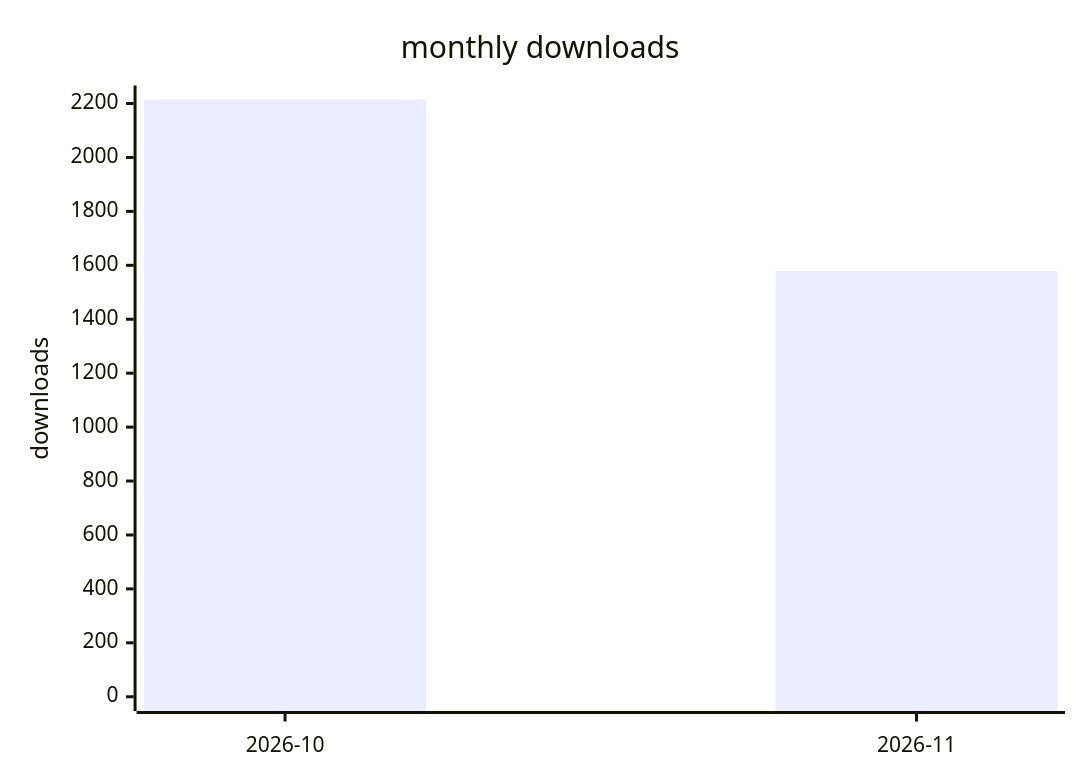
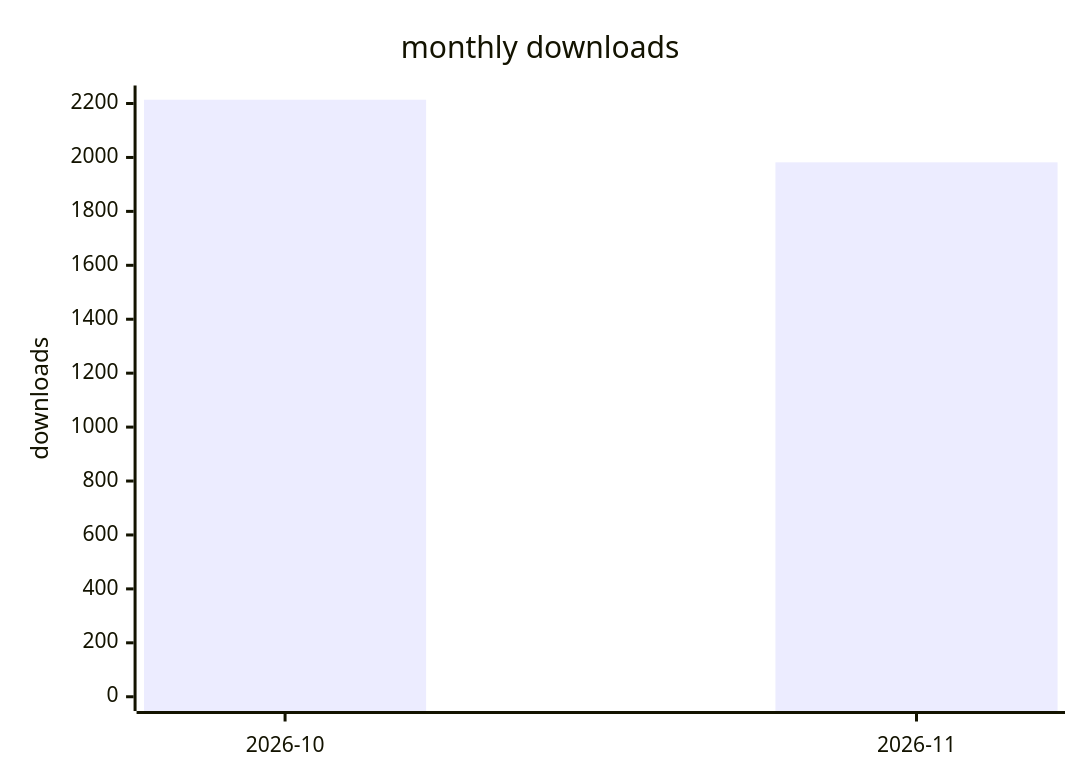
One commit to terry2010/dsh-rss-news-daily changed the second of 2 diagrams in docs/downloads-2026.md. Above: the diagram before and after it, drawn with Mermaid. The commit also changed other lines of this file and 1 other file, not shown here.

````diff
--- a/docs/downloads-2026.md
+++ b/docs/downloads-2026.md
@@ -29,7 +29,7 @@
 ```mermaid
 xychart-beta
     title "monthly downloads"
     x-axis ["2026-10", "2026-11"]
     y-axis "downloads" 0 --> 2214
-    bar [2214, 1579]
+    bar [2214, 1982]
 ```
````
